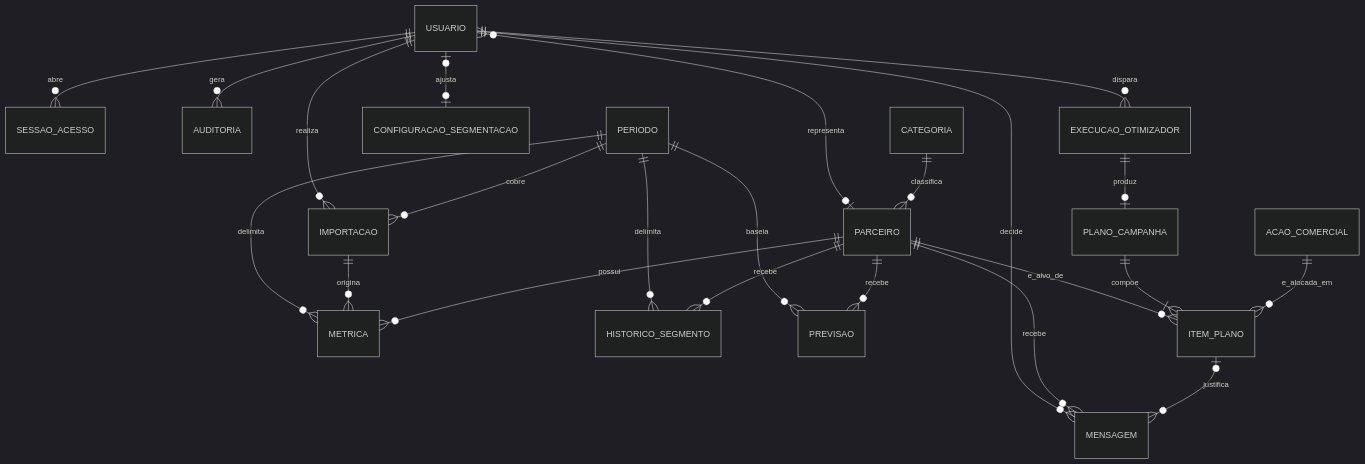
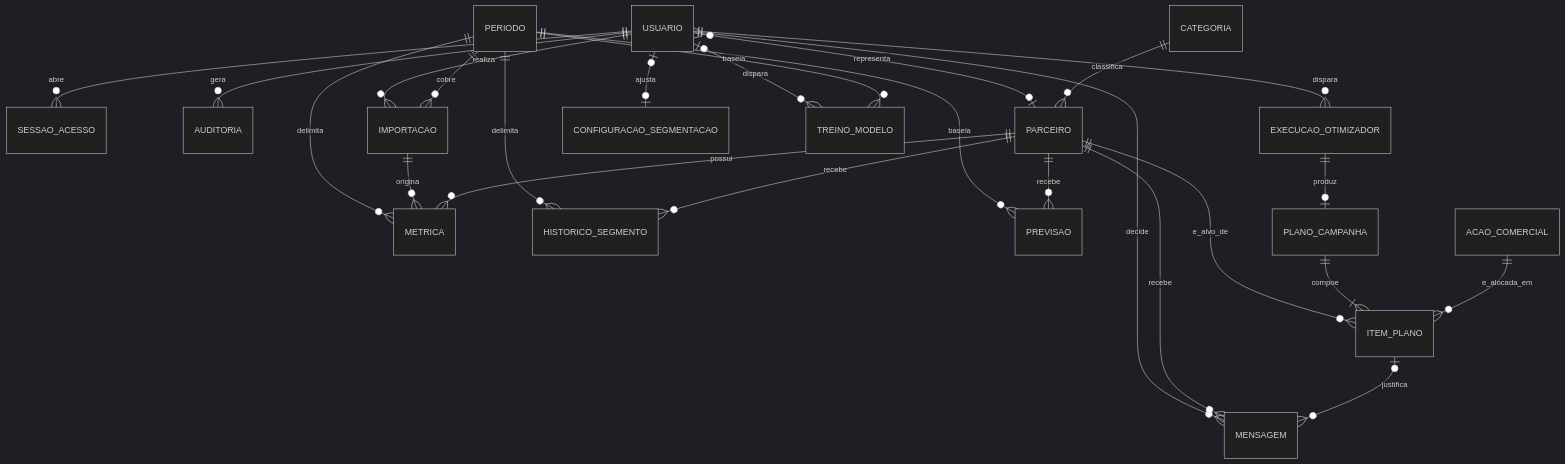
Before and after one commit to PedroMiranda243/gih-fabrica-de-software: the diagram in docs/08-modelo-de-dados.md, drawn with Mermaid (dark theme). The commit also changed other lines of this file and 3 other files, not shown here.

First line of the commit message:
docs: o modelo de dados e as classes ganham o treino do modelo

````diff
--- a/docs/08-modelo-de-dados.md
+++ b/docs/08-modelo-de-dados.md
@@ -23,30 +23,32 @@
 ```mermaid
 erDiagram
     USUARIO ||--o{ SESSAO_ACESSO : abre
     USUARIO ||--o{ AUDITORIA : gera
     USUARIO ||--o{ IMPORTACAO : realiza
     USUARIO ||--o{ EXECUCAO_OTIMIZADOR : dispara
     USUARIO ||--o{ MENSAGEM : decide
     USUARIO }o--o| PARCEIRO : representa
     USUARIO |o--o| CONFIGURACAO_SEGMENTACAO : ajusta
+    USUARIO |o--o{ TREINO_MODELO : dispara
 
     CATEGORIA ||--o{ PARCEIRO : classifica
 
     PERIODO ||--o{ IMPORTACAO : cobre
     PERIODO ||--o{ METRICA : delimita
     PERIODO ||--o{ HISTORICO_SEGMENTO : delimita
     PERIODO ||--o{ PREVISAO : baseia
+    PERIODO ||--o{ TREINO_MODELO : baseia
 
     IMPORTACAO ||--o{ METRICA : origina
 
     PARCEIRO ||--o{ METRICA : possui
     PARCEIRO ||--o{ HISTORICO_SEGMENTO : recebe
     PARCEIRO ||--o{ PREVISAO : recebe
     PARCEIRO ||--o{ ITEM_PLANO : e_alvo_de
     PARCEIRO ||--o{ MENSAGEM : recebe
 
     EXECUCAO_OTIMIZADOR ||--o| PLANO_CAMPANHA : produz
     PLANO_CAMPANHA ||--|{ ITEM_PLANO : compoe
     ACAO_COMERCIAL ||--o{ ITEM_PLANO : e_alocada_em
     ITEM_PLANO |o--o{ MENSAGEM : justifica
 ```
````
